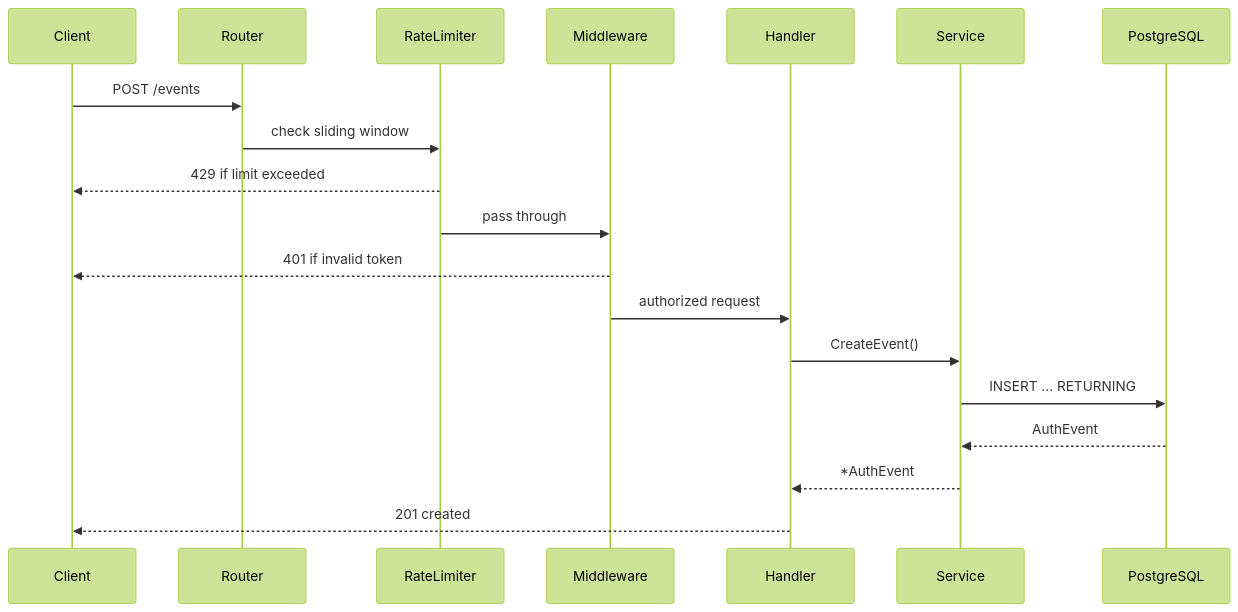
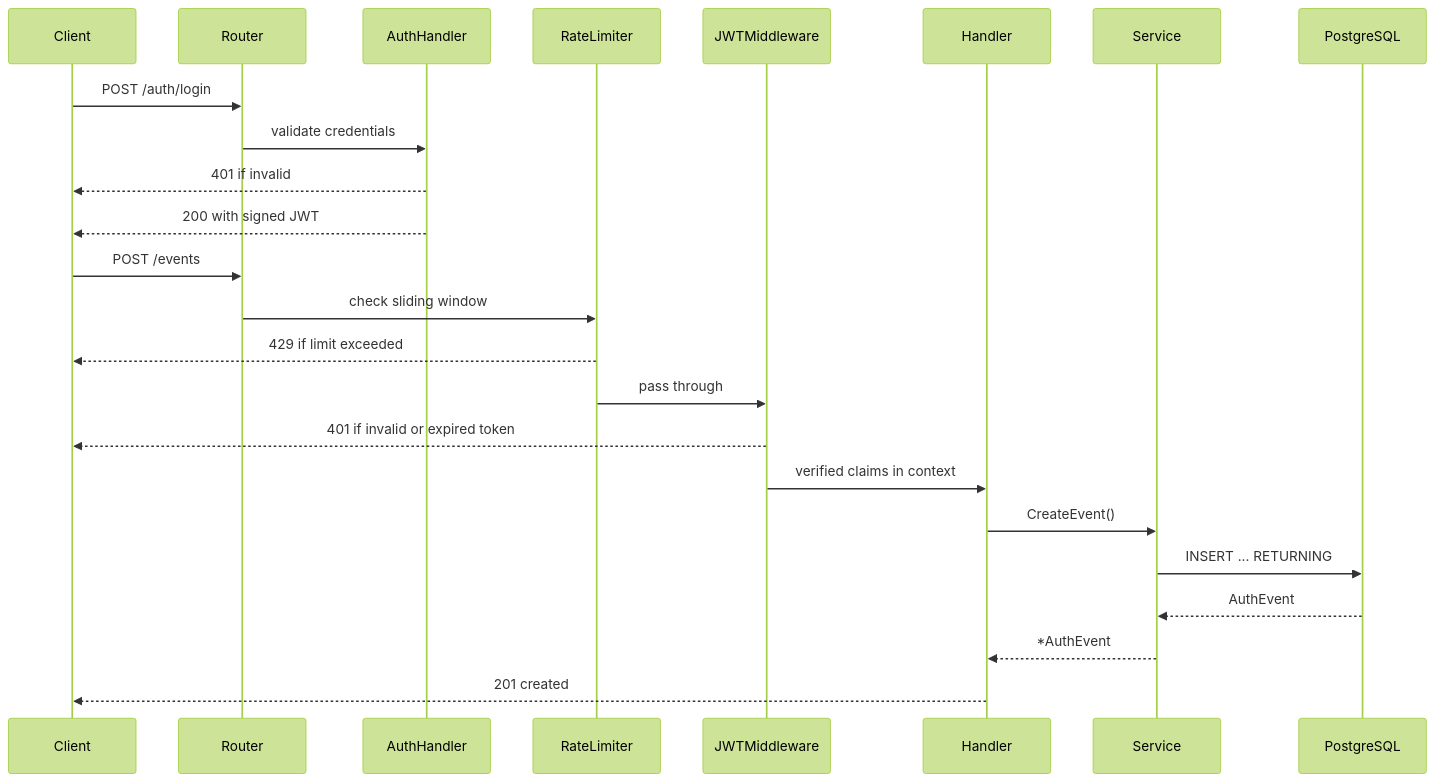
Before and after one commit to BennerG/auth-log-analyzer: the second of 2 diagrams in README.md, drawn with Mermaid (forest theme). The commit also changed other lines of this file and 14 other files, not shown here.

````diff
--- a/README.md
+++ b/README.md
@@ -36,14 +37,19 @@
 ```mermaid
 sequenceDiagram
+    Client->>Router: POST /auth/login
+    Router->>AuthHandler: validate credentials
+    AuthHandler-->>Client: 401 if invalid
+    AuthHandler-->>Client: 200 with signed JWT
+
     Client->>Router: POST /events
     Router->>RateLimiter: check sliding window
     RateLimiter-->>Client: 429 if limit exceeded
-    RateLimiter->>Middleware: pass through
-    Middleware-->>Client: 401 if invalid token
-    Middleware->>Handler: authorized request
+    RateLimiter->>JWTMiddleware: pass through
+    JWTMiddleware-->>Client: 401 if invalid or expired token
+    JWTMiddleware->>Handler: verified claims in context
     Handler->>Service: CreateEvent()
     Service->>PostgreSQL: INSERT ... RETURNING
     PostgreSQL-->>Service: AuthEvent
     Service-->>Handler: *AuthEvent
     Handler-->>Client: 201 created
 ```
````
